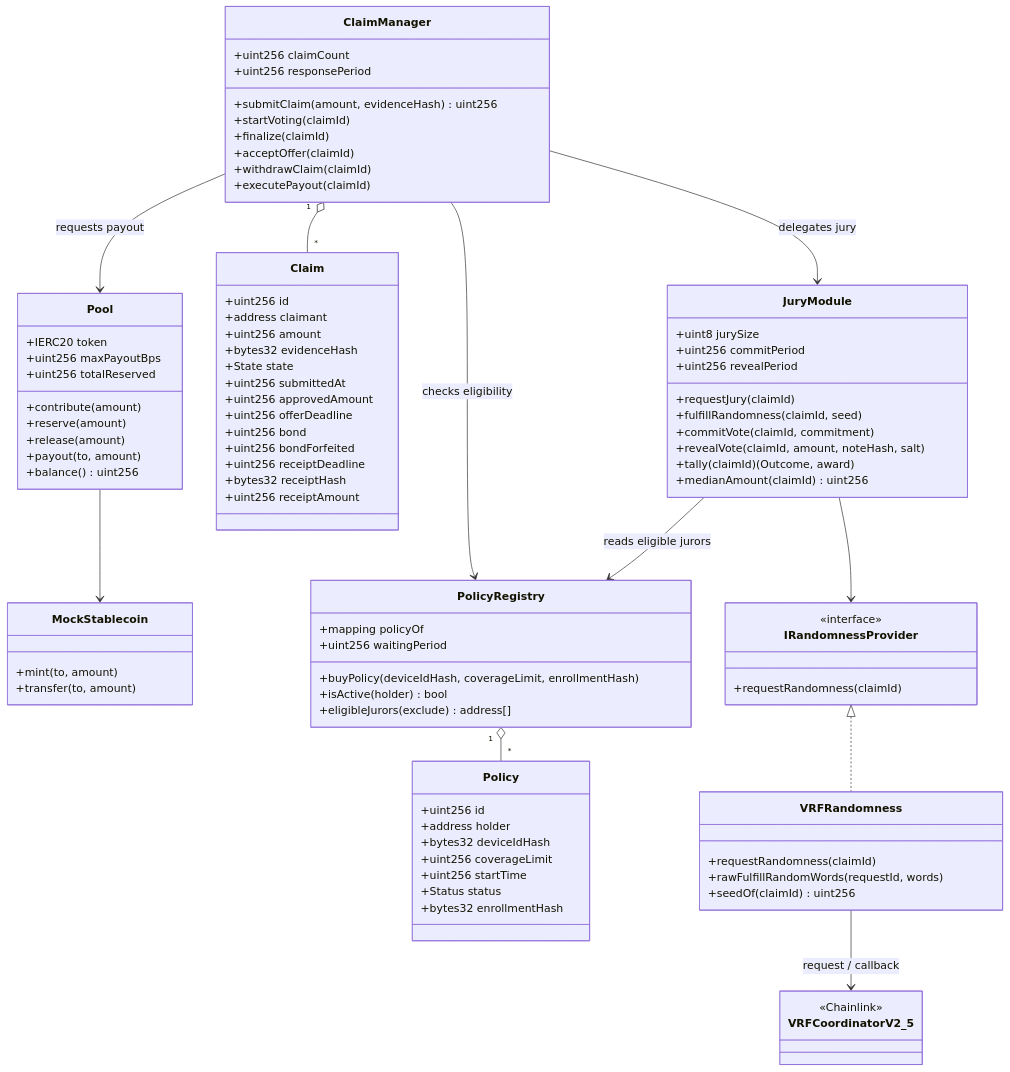
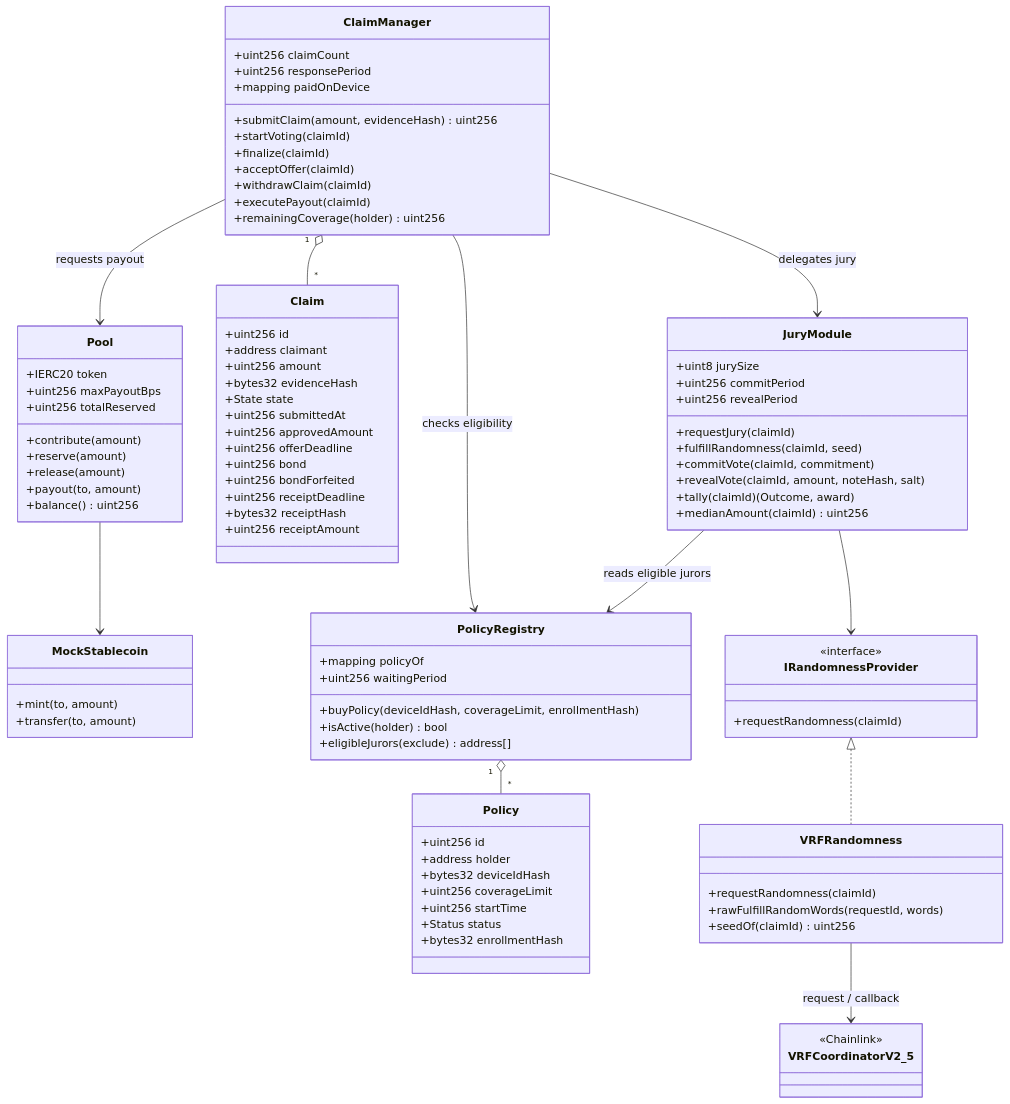
One commit to StephanieNgu/trust-pool changed the second of 5 diagrams in docs/design-doc.md. Above: the diagram before and after it, drawn with Mermaid. The commit also changed other lines of this file and 21 other files, not shown here.

```diff
--- a/docs/design-doc.md
+++ b/docs/design-doc.md
@@ -110,6 +110,8 @@
         +acceptOffer(claimId)
         +withdrawClaim(claimId)
         +executePayout(claimId)
+        +remainingCoverage(holder) uint256
+        +mapping paidOnDevice
     }
 
     class Claim {
```
